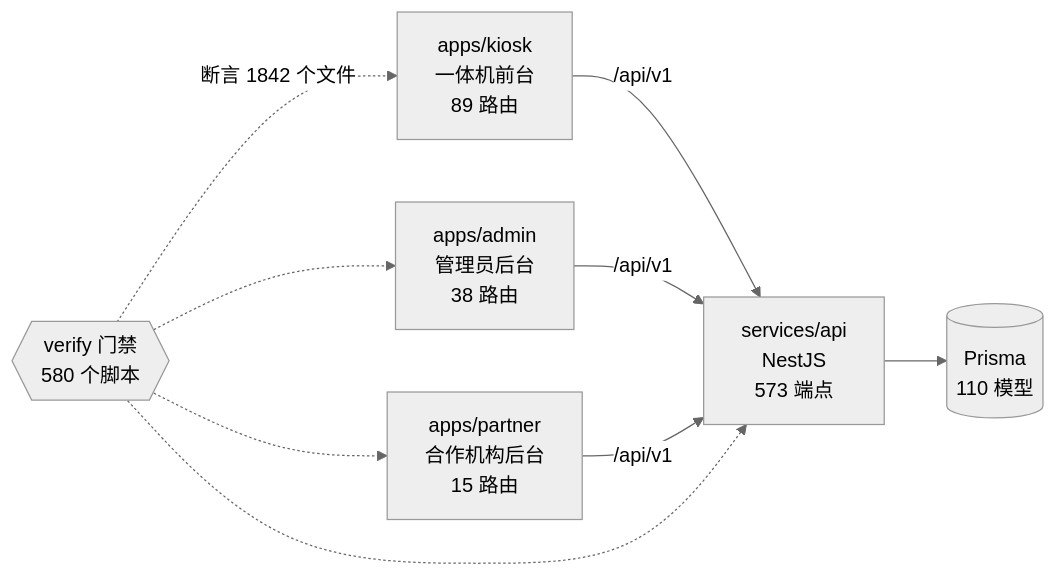
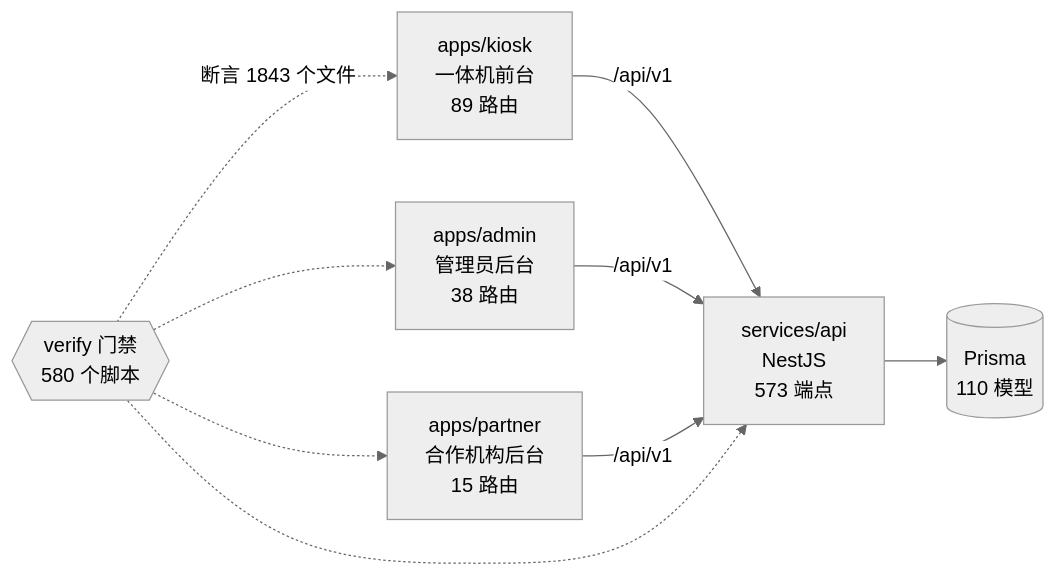
One commit to wanglei581/YITIJI changed the diagram in docs/graph/README.md. Above: the diagram before and after it, drawn with Mermaid (neutral theme). The commit also changed other lines of this file and 1 other file, not shown here.

Commit message:
chore(graph): #1245 #1246 合入后重生图谱

````diff
--- a/docs/graph/README.md
+++ b/docs/graph/README.md
@@ -68,18 +68,18 @@
 ```mermaid
 flowchart LR
   kiosk["apps/kiosk<br/>一体机前台<br/>89 路由"]
   admin["apps/admin<br/>管理员后台<br/>38 路由"]
   partner["apps/partner<br/>合作机构后台<br/>15 路由"]
   api["services/api<br/>NestJS<br/>573 端点"]
   db[("Prisma<br/>110 模型")]
   gates{{"verify 门禁<br/>580 个脚本"}}
 
   kiosk -->|"/api/v1"| api
   admin -->|"/api/v1"| api
   partner -->|"/api/v1"| api
   api --> db
-  gates -.->|"断言 1842 个文件"| kiosk
+  gates -.->|"断言 1843 个文件"| kiosk
   gates -.-> admin
   gates -.-> partner
   gates -.-> api
 ```
````
